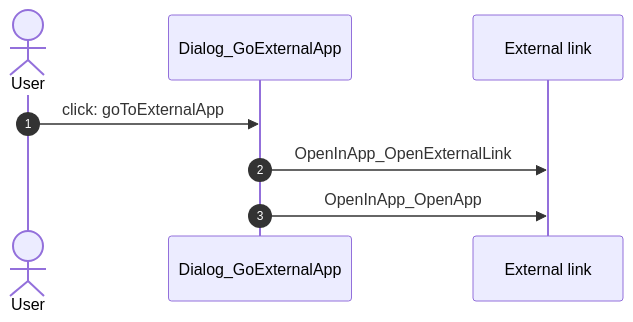
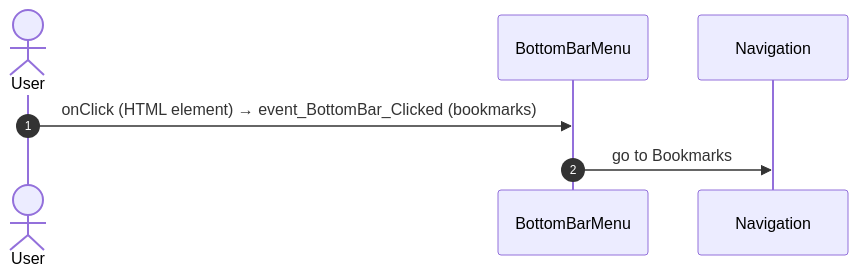
One commit to Phoenix-DX/connect-new-ui changed the fifth of 51 diagrams in migration/route-actions/HomeFeed.md. Above: the diagram before and after it, drawn with Mermaid. The commit also changed other lines of this file and 9 other files, not shown here.

Commit message:
route actions: facts only; user actions as two independent lists (OutSystems view bindings, React JSX bindings) with Mermaid sequences; factual call columns (direct caller, chains, React references); app shell by definition (survey shell, main.tsx code); constants read for React paths

````diff
--- a/migration/route-actions/HomeFeed.md
+++ b/migration/route-actions/HomeFeed.md
@@ -267,10 +234,9 @@
 ```mermaid
 sequenceDiagram
   autonumber
   actor U as User
-  participant B as Dialog_GoExternalApp
-  participant X as External link
-  U->>B: click: goToExternalApp
-  B->>X: OpenInApp_OpenExternalLink
-  B->>X: OpenInApp_OpenApp
+  participant B as BottomBarMenu
+  participant N as Navigation
+  U->>B: onClick (HTML element) → event_BottomBar_Clicked (bookmarks)
+  B->>N: go to Bookmarks
 ```
````
